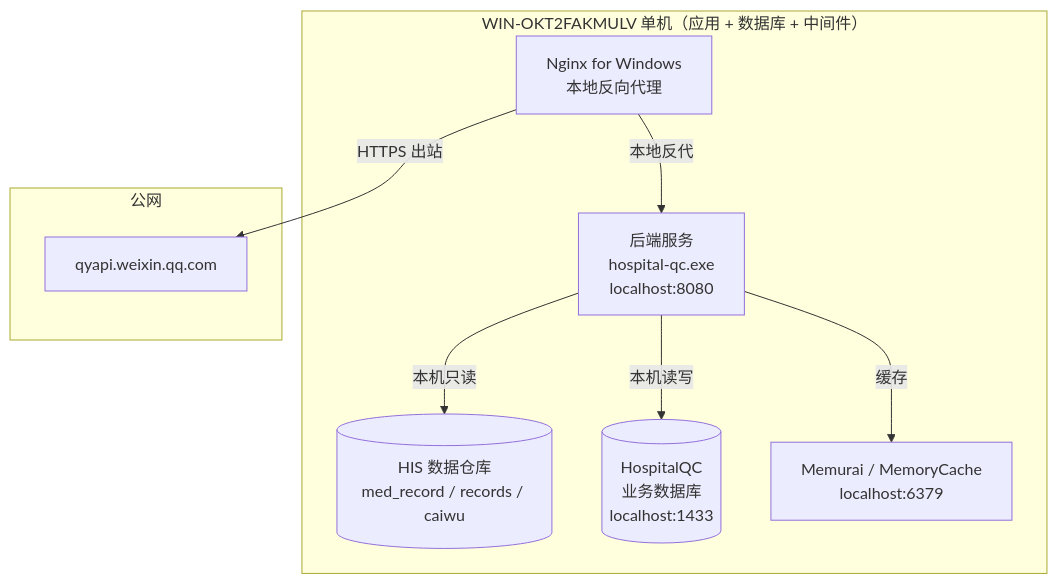
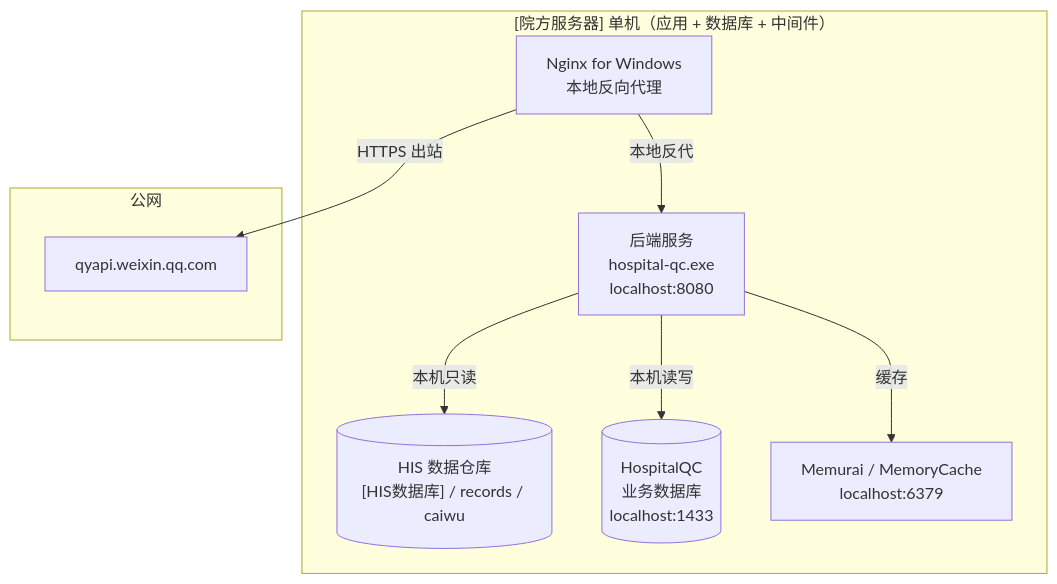
Before and after one commit to MIutopia/hospital-qc-wework: the second of 7 diagrams in docs/技术方案终稿-统一Go+Windows原生.md, drawn with Mermaid. The commit also changed other lines of this file and 1835 other files, not shown here.

````diff
--- a/docs/技术方案终稿-统一Go+Windows原生.md
+++ b/docs/技术方案终稿-统一Go+Windows原生.md
@@ -66,20 +66,20 @@
 ```mermaid
 graph TD
-    subgraph 内网单机["WIN-OKT2FAKMULV 单机（应用 + 数据库 + 中间件）"]
-        HIS[("HIS 数据仓库<br/>med_record / records / caiwu")]
+    subgraph 内网单机["[院方服务器] 单机（应用 + 数据库 + 中间件）"]
+        HIS[("HIS 数据仓库<br/>[HIS数据库] / records / caiwu")]
         DB[("HospitalQC<br/>业务数据库<br/>localhost:1433")]
         APP["后端服务<br/>hospital-qc.exe<br/>localhost:8080"]
         NGX["Nginx for Windows<br/>本地反向代理"]
         MEM["Memurai / MemoryCache<br/>localhost:6379"]
     end
 
     subgraph 公网
         WX["qyapi.weixin.qq.com"]
     end
 
     APP -->|本机只读| HIS
     APP -->|本机读写| DB
     APP -->|缓存| MEM
     NGX -->|本地反代| APP
     NGX -->|HTTPS 出站| WX
 ```
````
